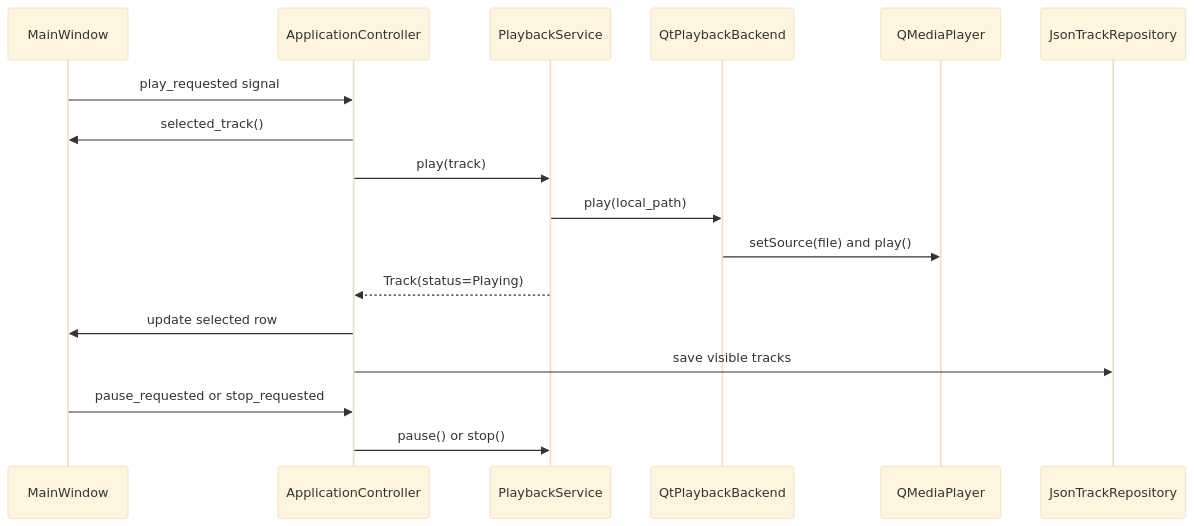
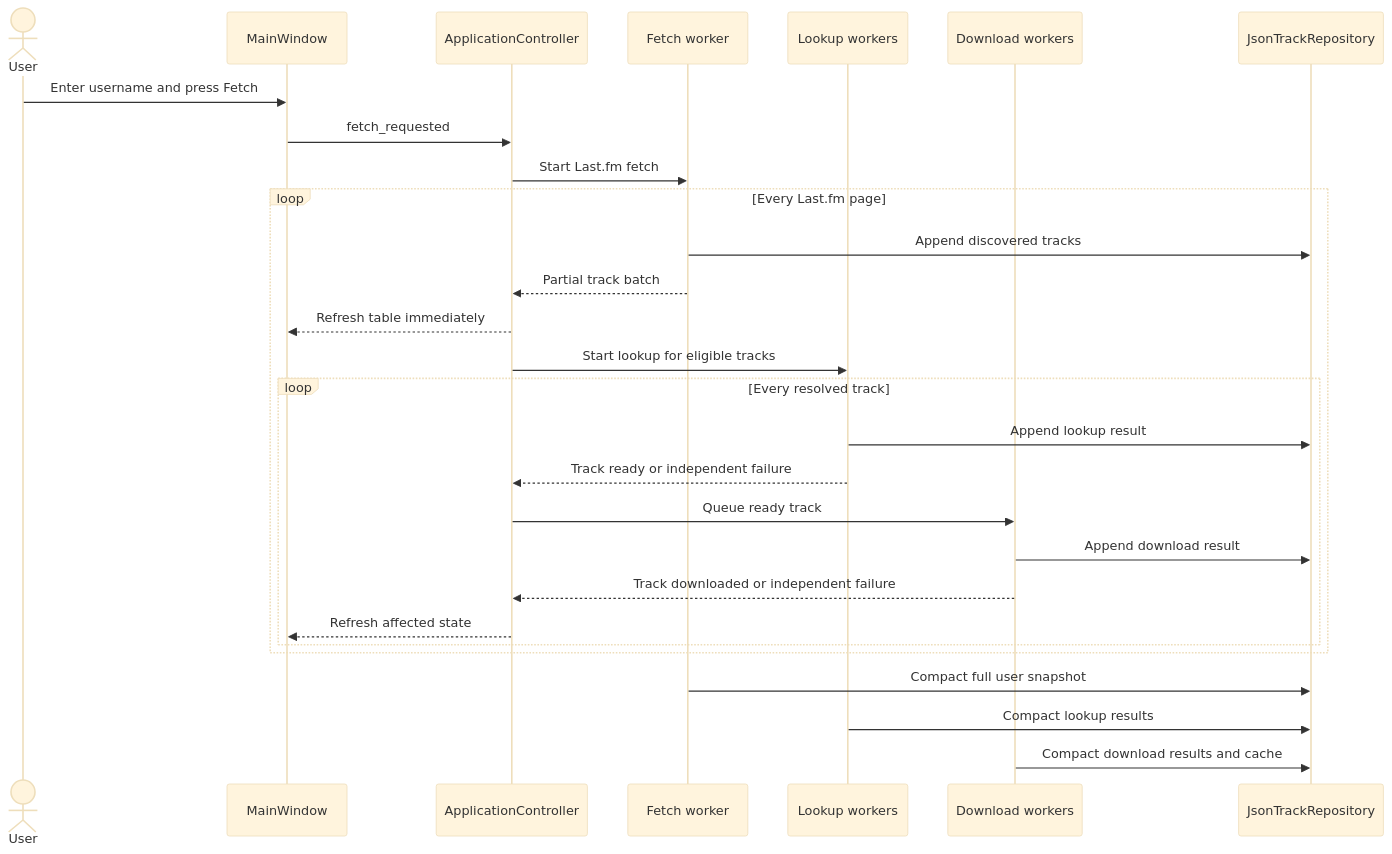
The third of 4 diagrams in documents/03_ARCHITECTURE.md (marcelpetrick/myLastFmPlayer), drawn with Mermaid (base theme) before and after one commit. The commit also changed other lines of this file and 24 other files, not shown here.

First line of the commit message:
docs(product): present maintained release and current architecture (v0.0.165)

````diff
--- a/documents/03_ARCHITECTURE.md
+++ b/documents/03_ARCHITECTURE.md
@@ -309,20 +98,31 @@
 ```mermaid
 sequenceDiagram
+    actor User
     participant UI as MainWindow
-    participant Controller as ApplicationController
-    participant Playback as PlaybackService
-    participant Backend as QtPlaybackBackend
-    participant Player as QMediaPlayer
-    participant Storage as JsonTrackRepository
+    participant C as ApplicationController
+    participant F as Fetch worker
+    participant L as Lookup workers
+    participant D as Download workers
+    participant R as JsonTrackRepository
 
-    UI->>Controller: play_requested signal
-    Controller->>UI: selected_track()
-    Controller->>Playback: play(track)
-    Playback->>Backend: play(local_path)
-    Backend->>Player: setSource(file) and play()
-    Playback-->>Controller: Track(status=Playing)
-    Controller->>UI: update selected row
-    Controller->>Storage: save visible tracks
-    UI->>Controller: pause_requested or stop_requested
-    Controller->>Playback: pause() or stop()
+    User->>UI: Enter username and press Fetch
+    UI->>C: fetch_requested
+    C->>F: Start Last.fm fetch
+    loop Every Last.fm page
+        F->>R: Append discovered tracks
+        F-->>C: Partial track batch
+        C-->>UI: Refresh table immediately
+        C->>L: Start lookup for eligible tracks
+        loop Every resolved track
+            L->>R: Append lookup result
+            L-->>C: Track ready or independent failure
+            C->>D: Queue ready track
+            D->>R: Append download result
+            D-->>C: Track downloaded or independent failure
+            C-->>UI: Refresh affected state
+        end
+    end
+    F->>R: Compact full user snapshot
+    L->>R: Compact lookup results
+    D->>R: Compact download results and cache
 ```
````
